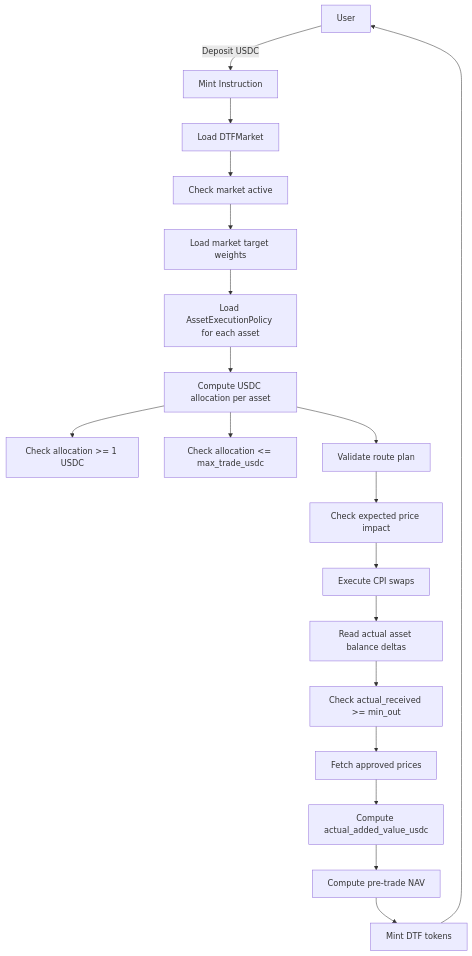
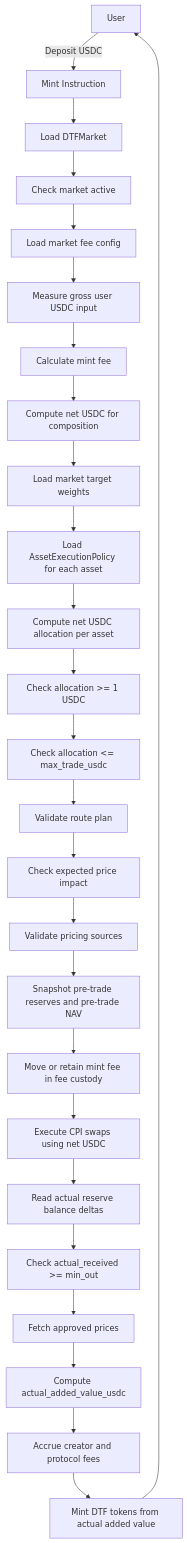
One commit to Axis-pizza/Axis_docs changed the diagram in requirements/03-mint-requirements.md. Above: the diagram before and after it, drawn with Mermaid. The commit also changed other lines of this file and 6 other files, not shown here.

````diff
--- a/requirements/03-mint-requirements.md
+++ b/requirements/03-mint-requirements.md
@@ -11,21 +27,28 @@
 ```mermaid
 flowchart TD
     User[User] -->|Deposit USDC| Mint[Mint Instruction]
     Mint --> Market[Load DTFMarket]
     Market --> Status[Check market active]
-    Status --> Weights[Load market target weights]
+    Status --> FeeConfig[Load market fee config]
+    FeeConfig --> Gross[Measure gross user USDC input]
+    Gross --> MintFee[Calculate mint fee]
+    MintFee --> NetUSDC[Compute net USDC for composition]
+    NetUSDC --> Weights[Load market target weights]
     Weights --> Policy[Load AssetExecutionPolicy for each asset]
-    Policy --> Allocation[Compute USDC allocation per asset]
+    Policy --> Allocation[Compute net USDC allocation per asset]
     Allocation --> MinAlloc[Check allocation >= 1 USDC]
-    Allocation --> MaxTrade[Check allocation <= max_trade_usdc]
-    Allocation --> RoutePlan[Validate route plan]
+    MinAlloc --> MaxTrade[Check allocation <= max_trade_usdc]
+    MaxTrade --> RoutePlan[Validate route plan]
     RoutePlan --> PriceImpact[Check expected price impact]
-    PriceImpact --> CPI[Execute CPI swaps]
-    CPI --> Delta[Read actual asset balance deltas]
+    PriceImpact --> PricingSource[Validate pricing sources]
+    PricingSource --> PreState[Snapshot pre-trade reserves and pre-trade NAV]
+    PreState --> FeeCustody[Move or retain mint fee in fee custody]
+    FeeCustody --> CPI[Execute CPI swaps using net USDC]
+    CPI --> Delta[Read actual reserve balance deltas]
     Delta --> MinOut[Check actual_received >= min_out]
     MinOut --> Pricing[Fetch approved prices]
     Pricing --> Value[Compute actual_added_value_usdc]
-    Value --> NAV[Compute pre-trade NAV]
-    NAV --> MintDTF[Mint DTF tokens]
+    Value --> FeeAccrual[Accrue creator and protocol fees]
+    FeeAccrual --> MintDTF[Mint DTF tokens from actual added value]
     MintDTF --> User
 ```
````
